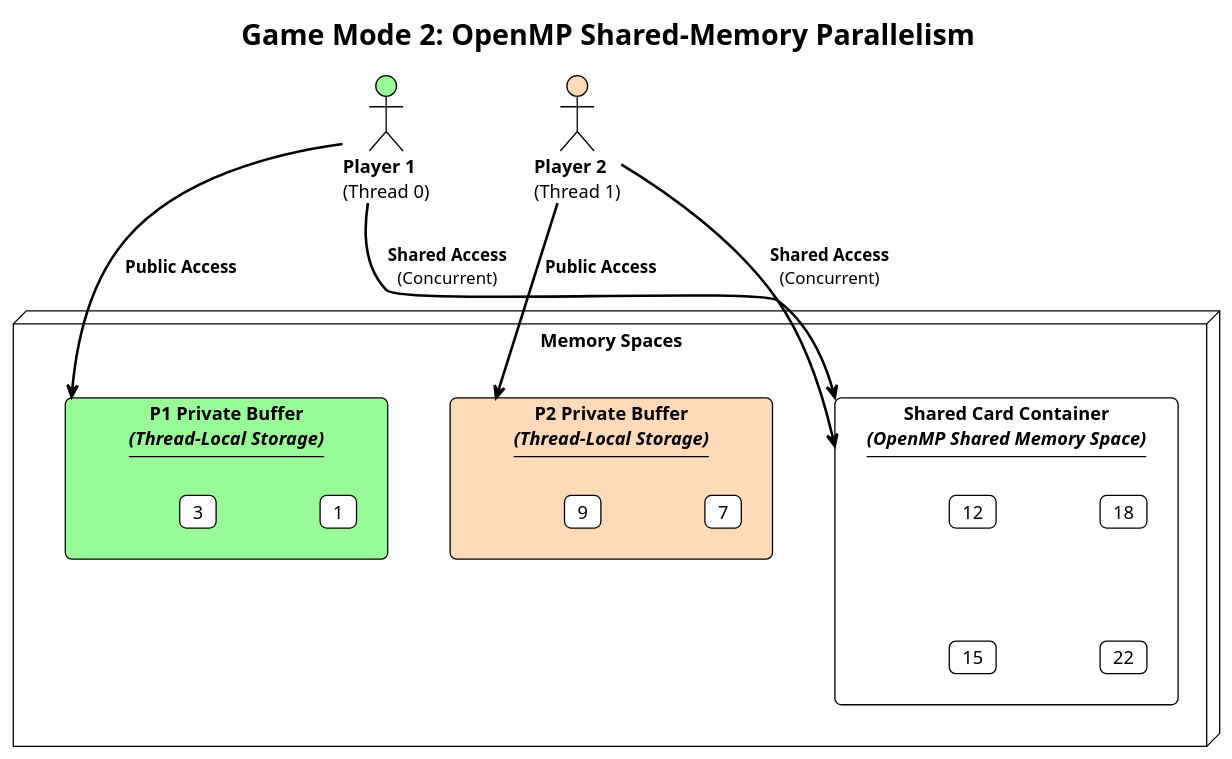
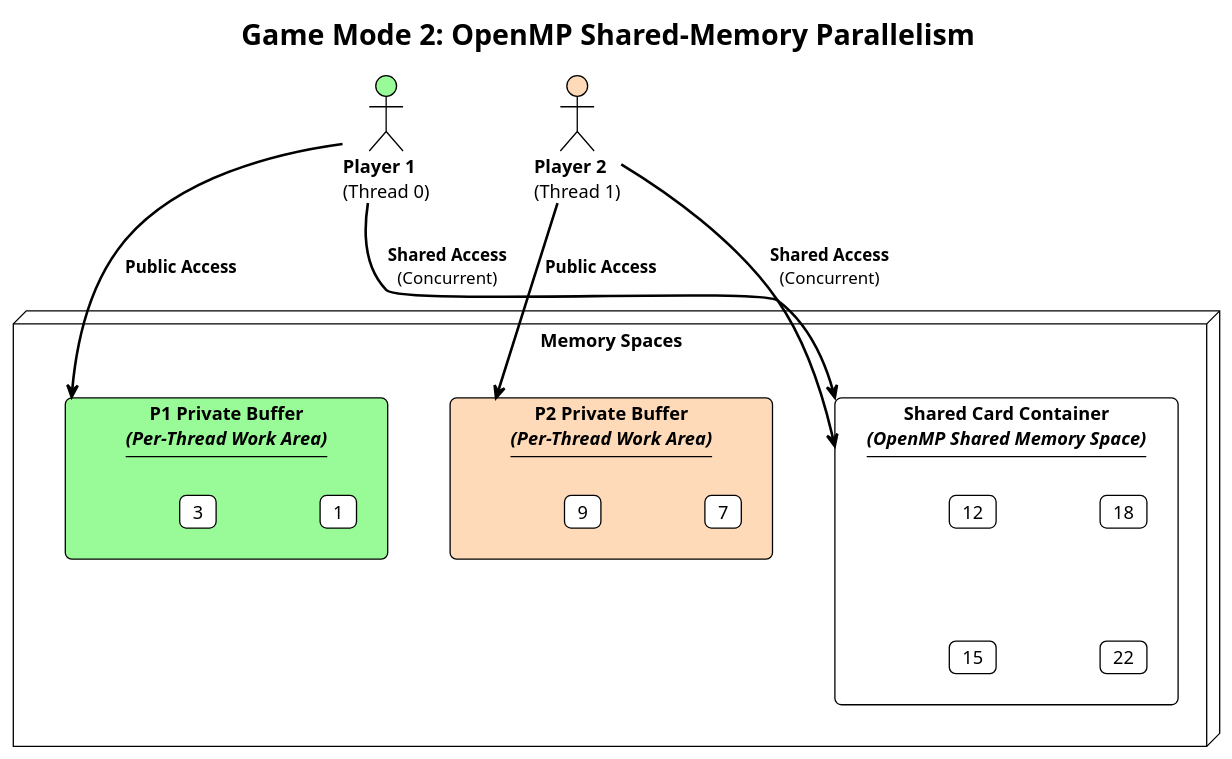
The diagram in figures/diagrams/openmp-mode.puml (Siponek/HPC-thesis), drawn with PlantUML before and after one commit. The commit also changed 5 other files, not shown here.

```diff
--- a/figures/diagrams/openmp-mode.puml
+++ b/figures/diagrams/openmp-mode.puml
@@ -1,58 +1,58 @@
 @startuml openmp-mode
 !theme plain
 skinparam backgroundColor white
 skinparam defaultFontName Arial
 skinparam nodesep 80
 skinparam ranksep 60
 skinparam roundcorner 10
 skinparam ArrowThickness 2
 top to bottom direction
 
 title Game Mode 2: OpenMP Shared-Memory Parallelism
 
 node "Memory Spaces" as MEM_SPACE #transparent {
     rectangle "<b>Shared Card Container</b>\n<i>(OpenMP Shared Memory Space)</i>\n----" as SHARED_MEM #White {
         card "12" as oc1
         card "18" as oc2
         card "15" as oc3
         card "22" as oc4
     }
     together {
-        rectangle "<b>P1 Private Buffer</b>\n<i>(Thread-Local Storage)</i>\n----" as P1_BUF #PaleGreen {
+        rectangle "<b>P1 Private Buffer</b>\n<i>(Per-Thread Work Area)</i>\n----" as P1_BUF #PaleGreen {
             card "1" as b1
             card "3" as b2
         }
 
-        rectangle "<b>P2 Private Buffer</b>\n<i>(Thread-Local Storage)</i>\n----" as P2_BUF #PeachPuff {
+        rectangle "<b>P2 Private Buffer</b>\n<i>(Per-Thread Work Area)</i>\n----" as P2_BUF #PeachPuff {
             card "7" as b3
             card "9" as b4
         }
     }
 }
 
 ' Grouping players to align them horizontally beneath the shared memory
 together {
     actor "<b>Player 1</b>\n(Thread 0)" as P1 #PaleGreen
     actor "<b>Player 2</b>\n(Thread 1)" as P2 #PeachPuff
 }
 
 ' Grouping private buffers to align them beneath their respective players
 
 ' Upward arrows to shared memory (Global Scope)
 P1 -up-> SHARED_MEM : <b>Shared Access</b>\n(Concurrent)
 P2 -up-> SHARED_MEM : <b>Shared Access</b>\n(Concurrent)
 
 ' Downward arrows to private memory (Local Scope)
 P1 -down-> P1_BUF : <b>Public Access</b>
 P2 -down-> P2_BUF : <b>Public Access</b>
 
 'note bottom of SHARED_MEM
 '  <b>Pedagogical Mapping: OpenMP Architecture</b>
 '  * <b>Players</b> = Concurrent threads working together on a single task.
 '  * <b>Shared Container</b> = Globally accessible memory space. Introduces concepts
 '    like race conditions and the need for synchronization (locks/barriers).
 '  * <b>Private Buffers</b> = Variables declared as private or threadprivate,
 '    allowing lock-free local sorting before merging back to shared space.
 'end note
 
 @enduml
```
